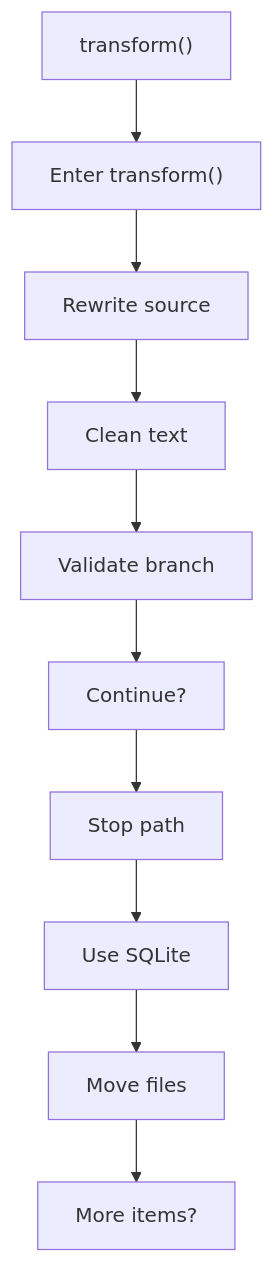
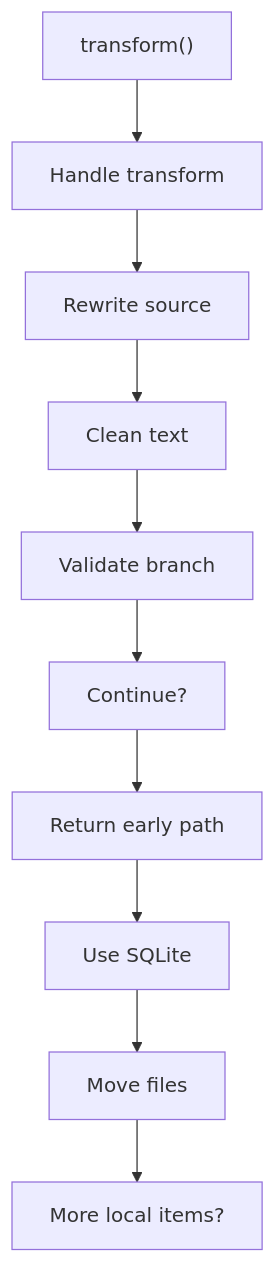
Before and after one commit to JohnAndrewBalbarosa/NeoTerritory: the third of 4 diagrams in docs/Codebase/Backend/src/controllers/transformController.js.md, drawn with Mermaid. The commit also changed other lines of this file and 915 other files, not shown here.

````diff
--- a/docs/Codebase/Backend/src/controllers/transformController.js.md
+++ b/docs/Codebase/Backend/src/controllers/transformController.js.md
@@ -96,22 +95,22 @@
 ```mermaid
 flowchart TD
     N0["transform()"]
-    N1["Enter transform()"]
+    N1["Handle transform"]
     N2["Rewrite source"]
     N3["Clean text"]
     N4["Validate branch"]
     N5["Continue?"]
-    N6["Stop path"]
+    N6["Return early path"]
     N7["Use SQLite"]
     N8["Move files"]
-    N9["More items?"]
+    N9["More local items?"]
     N0 --> N1
     N1 --> N2
     N2 --> N3
     N3 --> N4
     N4 --> N5
     N5 --> N6
     N6 --> N7
     N7 --> N8
     N8 --> N9
 ```
````
